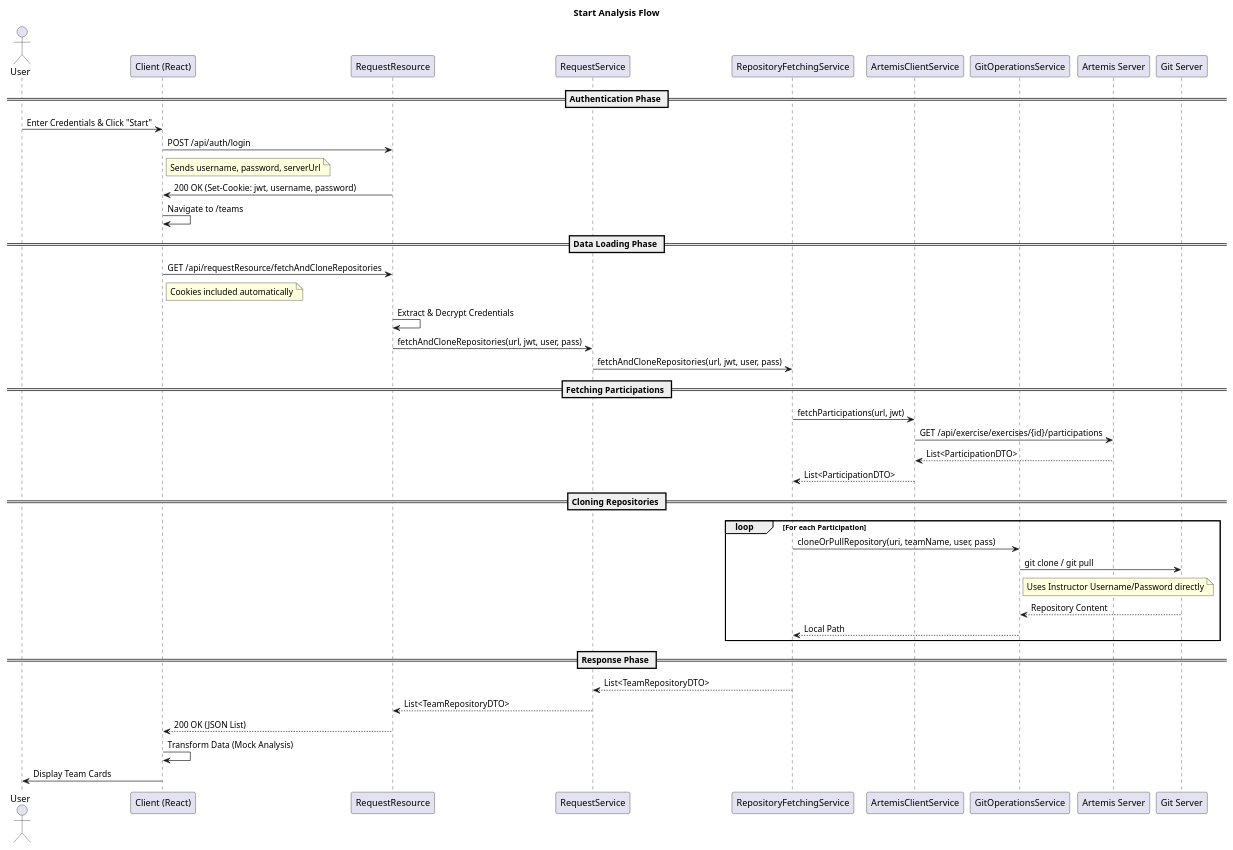
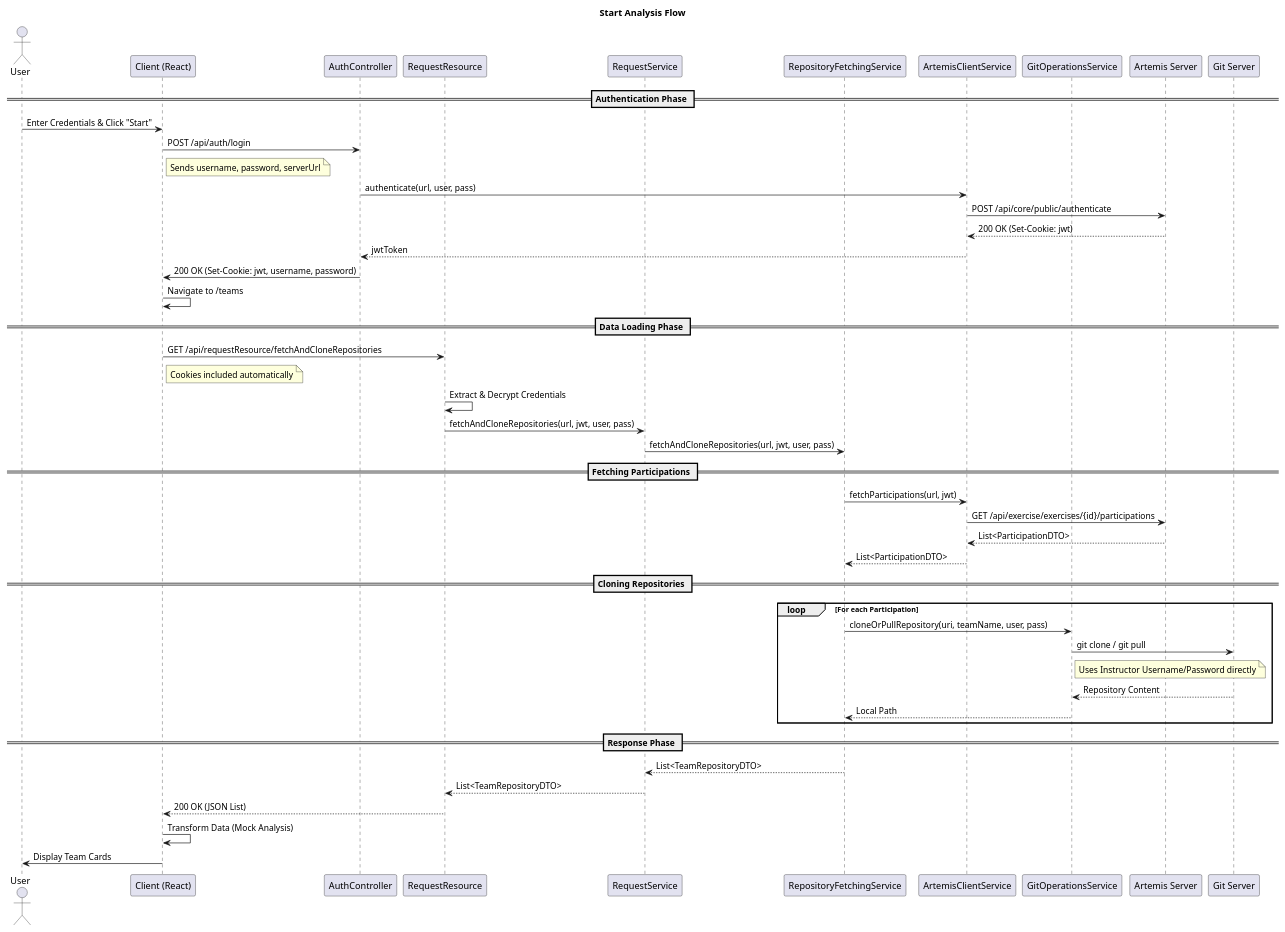
The diagram in docs/architecture/start_analysis_flow.puml (ls1intum/Harmonia), drawn with PlantUML before and after one commit.

Commit message:
Refactor authentication flow in start_analysis_flow diagram to include AuthController interactions

```diff
--- a/docs/architecture/start_analysis_flow.puml
+++ b/docs/architecture/start_analysis_flow.puml
@@ -1,50 +1,55 @@
 @startuml StartAnalysisFlow
 title Start Analysis Flow
 
 actor User
 participant "Client (React)" as Client
+participant "AuthController" as Auth
 participant "RequestResource" as Controller
 participant "RequestService" as ReqService
 participant "RepositoryFetchingService" as RepoService
 participant "ArtemisClientService" as ArtemisClient
 participant "GitOperationsService" as GitService
 participant "Artemis Server" as Artemis
 participant "Git Server" as Git
 
 == Authentication Phase ==
 User -> Client: Enter Credentials & Click "Start"
-Client -> Controller: POST /api/auth/login
+Client -> Auth: POST /api/auth/login
 note right of Client: Sends username, password, serverUrl
-Controller -> Client: 200 OK (Set-Cookie: jwt, username, password)
+Auth -> ArtemisClient: authenticate(url, user, pass)
+ArtemisClient -> Artemis: POST /api/core/public/authenticate
+Artemis --> ArtemisClient: 200 OK (Set-Cookie: jwt)
+ArtemisClient --> Auth: jwtToken
+Auth -> Client: 200 OK (Set-Cookie: jwt, username, password)
 Client -> Client: Navigate to /teams
 
 == Data Loading Phase ==
 Client -> Controller: GET /api/requestResource/fetchAndCloneRepositories
 note right of Client: Cookies included automatically
 Controller -> Controller: Extract & Decrypt Credentials
 Controller -> ReqService: fetchAndCloneRepositories(url, jwt, user, pass)
 ReqService -> RepoService: fetchAndCloneRepositories(url, jwt, user, pass)
 
 == Fetching Participations ==
 RepoService -> ArtemisClient: fetchParticipations(url, jwt)
 ArtemisClient -> Artemis: GET /api/exercise/exercises/{id}/participations
 Artemis --> ArtemisClient: List<ParticipationDTO>
 ArtemisClient --> RepoService: List<ParticipationDTO>
 
 == Cloning Repositories ==
 loop For each Participation
     RepoService -> GitService: cloneOrPullRepository(uri, teamName, user, pass)
     GitService -> Git: git clone / git pull
     note right of GitService: Uses Instructor Username/Password directly
     Git --> GitService: Repository Content
     GitService --> RepoService: Local Path
 end
 
 == Response Phase ==
 RepoService --> ReqService: List<TeamRepositoryDTO>
 ReqService --> Controller: List<TeamRepositoryDTO>
 Controller --> Client: 200 OK (JSON List)
 Client -> Client: Transform Data (Mock Analysis)
 Client -> User: Display Team Cards
 
 @enduml
```
